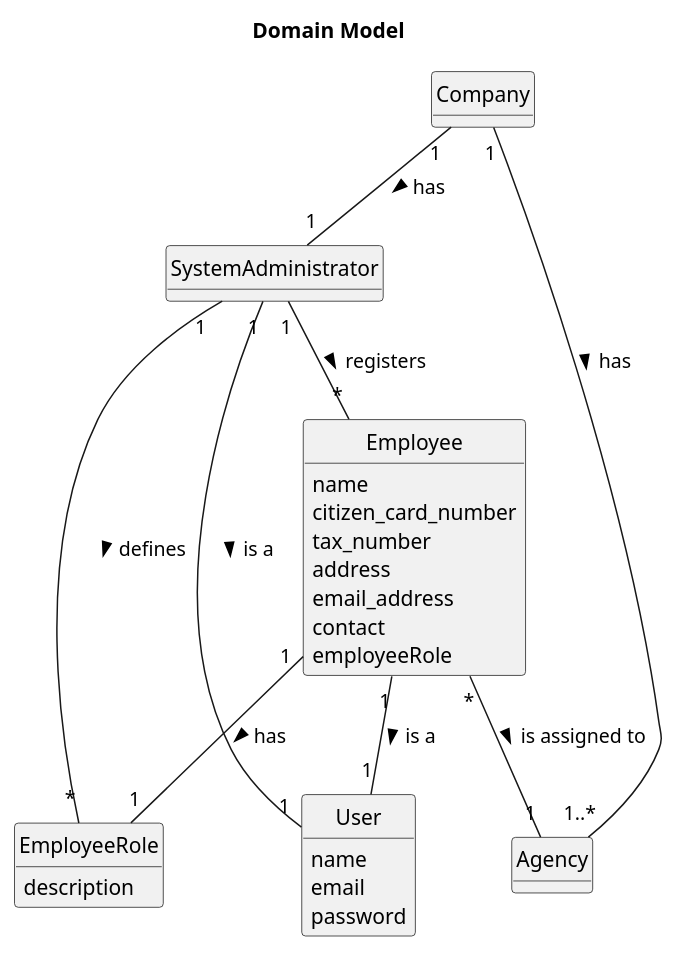
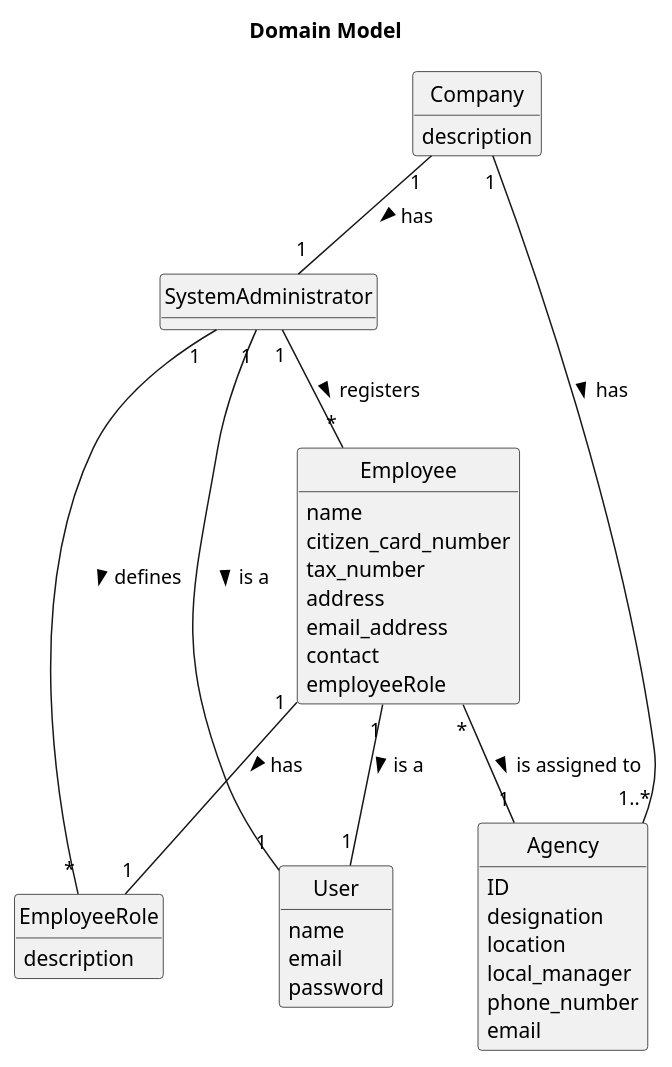
The diagram in docs/Sprint-A/US003/02.analysis/puml/us003-domain-model.puml (Rodrick0209/ISEP-LAPR2-22-23), drawn with PlantUML before and after one commit. The commit also changed 3 other files, not shown here.

```diff
--- a/docs/Sprint-A/US003/02.analysis/puml/us003-domain-model.puml
+++ b/docs/Sprint-A/US003/02.analysis/puml/us003-domain-model.puml
@@ -1,50 +1,57 @@
 @startuml
 skinparam monochrome true
 skinparam packageStyle rectangle
 skinparam shadowing false
 
 skinparam classAttributeIconSize 0
 
 hide circle
 hide methods
 
 title Domain Model
 
 class Employee{
 name
 citizen_card_number
 tax_number
 address
 email_address
 contact
 employeeRole
 }
 
 class SystemAdministrator{
 }
 
 class EmployeeRole{
 description
 }
 
 class Company{
+description
 }
 
 class Agency{
+ID
+designation
+location
+local_manager
+phone_number
+email
 }
 
 class User{
 name
 email
 password
 }
 
 SystemAdministrator "1" -- "*" Employee : registers >
 Employee "*" -- "1" Agency : is assigned to >
 Company "1" -- "1" SystemAdministrator : has >
 Employee "1" -- "1" EmployeeRole :  has >
 SystemAdministrator "1" -- "*" EmployeeRole : defines >
 SystemAdministrator "1" -- "1" User : is a >
 Employee "1" -- "1" User : is a >
 Company "1" -- "1..*" Agency : has >
 @enduml
```
